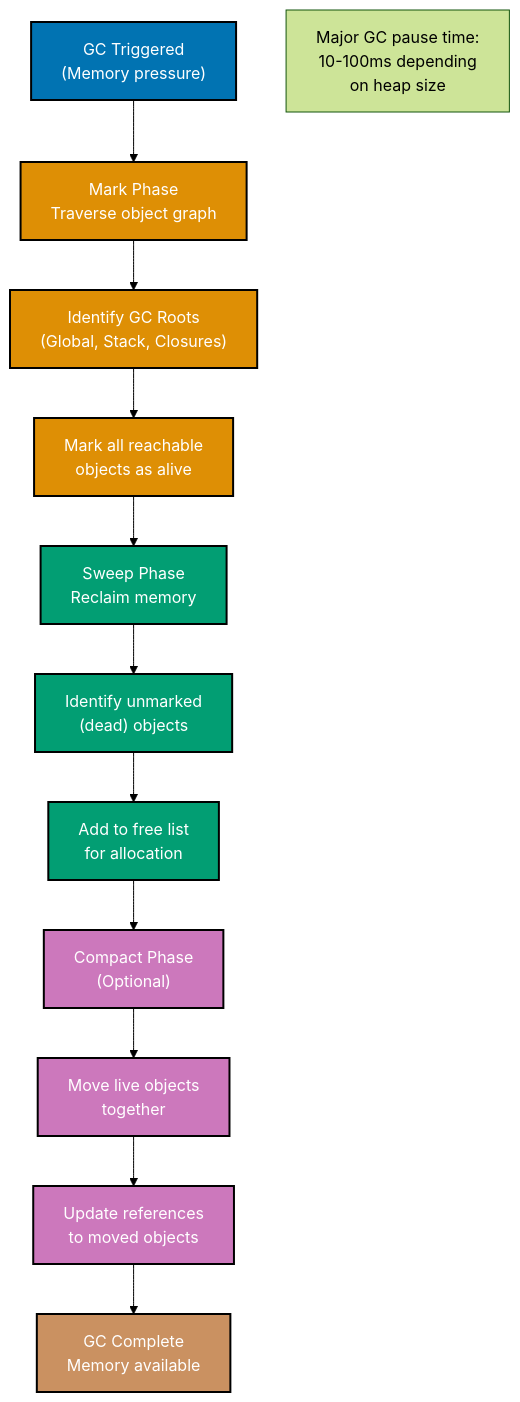
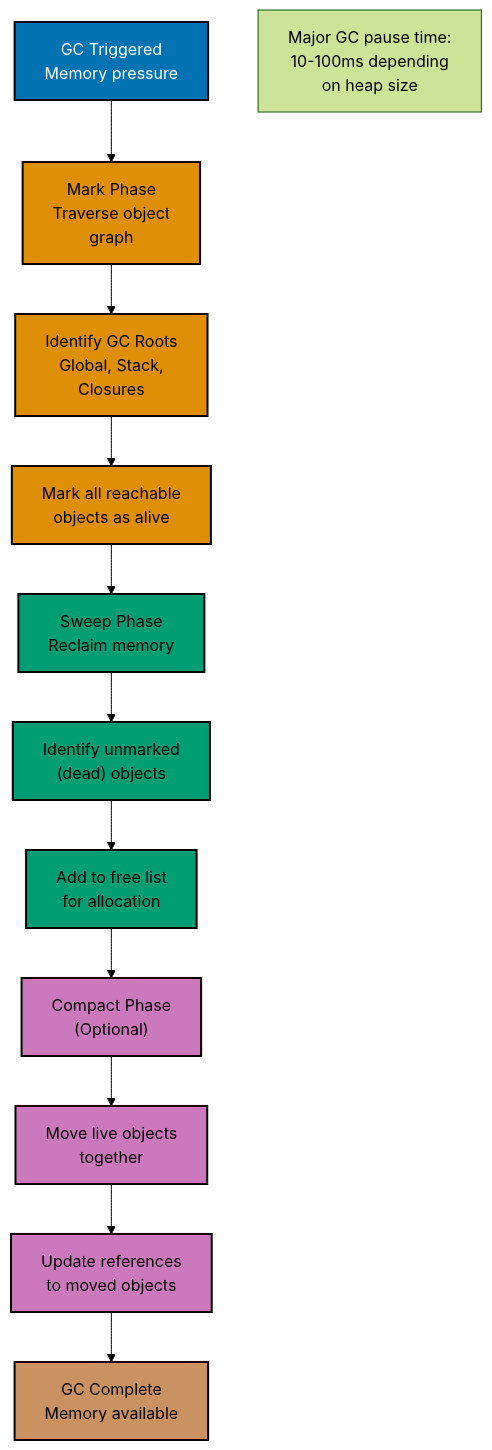
The second of 5 diagrams in docs/explanation/software-engineering/programming-languages/typescript/memory-management.md (wahidyankf/ose-public), drawn with Mermaid (forest theme) before and after one commit. The commit also changed other lines of this file and 57 other files, not shown here.

First line of the commit message:
docs(diagrams): make docs diagrams accessible

````diff
--- a/docs/explanation/software-engineering/programming-languages/typescript/memory-management.md
+++ b/docs/explanation/software-engineering/programming-languages/typescript/memory-management.md
@@ -114,38 +116,40 @@
 ```mermaid
 %% Color Palette: Blue #0173B2, Orange #DE8F05, Teal #029E73, Purple #CC78BC, Brown #CA9161
 graph TD
-    Start["GC Triggered<br/>#40;Memory pressure#41;"]:::blue
+    accTitle: Garbage Collection Cycle Mark-Sweep
+    accDescr: GC Triggered Memory pressure leads to Mark Phase Traverse object graph; Mark Phase Traverse object graph leads to Identify GC Roots Global, Stack, Closures; and 8 more links.
+    Start["GC Triggered<br/>Memory pressure"]:::blue
 
-    Mark["Mark Phase<br/>Traverse object graph"]:::orange
-    MarkRoots["Identify GC Roots<br/>(Global, Stack, Closures)"]:::orange
+    Mark["Mark Phase<br/>Traverse object<br/>graph"]:::orange
+    MarkRoots["Identify GC Roots<br/>Global, Stack,<br/>Closures"]:::orange
     MarkReachable["Mark all reachable<br/>objects as alive"]:::orange
 
     Sweep["Sweep Phase<br/>Reclaim memory"]:::teal
     IdentifyDead["Identify unmarked<br/>#40;dead#41; objects"]:::teal
     Reclaim["Add to free list<br/>for allocation"]:::teal
 
     Compact["Compact Phase<br/>#40;Optional#41;"]:::purple
     Defragment["Move live objects<br/>together"]:::purple
     UpdatePointers["Update references<br/>to moved objects"]:::purple
 
     Complete["GC Complete<br/>Memory available"]:::brown
 
     Start --> Mark
     Mark --> MarkRoots
     MarkRoots --> MarkReachable
     MarkReachable --> Sweep
     Sweep --> IdentifyDead
     IdentifyDead --> Reclaim
     Reclaim --> Compact
     Compact --> Defragment
     Defragment --> UpdatePointers
     UpdatePointers --> Complete
 
     Note1["Major GC pause time:<br/>10-100ms depending<br/>on heap size"]
 
     classDef blue fill:#0173B2,stroke:#000000,color:#FFFFFF,stroke-width:2px
-    classDef orange fill:#DE8F05,stroke:#000000,color:#FFFFFF,stroke-width:2px
-    classDef teal fill:#029E73,stroke:#000000,color:#FFFFFF,stroke-width:2px
-    classDef purple fill:#CC78BC,stroke:#000000,color:#FFFFFF,stroke-width:2px
-    classDef brown fill:#CA9161,stroke:#000000,color:#FFFFFF,stroke-width:2px
+    classDef orange fill:#DE8F05,stroke:#000000,color:#000000,stroke-width:2px
+    classDef teal fill:#029E73,stroke:#000000,color:#000000,stroke-width:2px
+    classDef purple fill:#CC78BC,stroke:#000000,color:#000000,stroke-width:2px
+    classDef brown fill:#CA9161,stroke:#000000,color:#000000,stroke-width:2px
 ```
````
